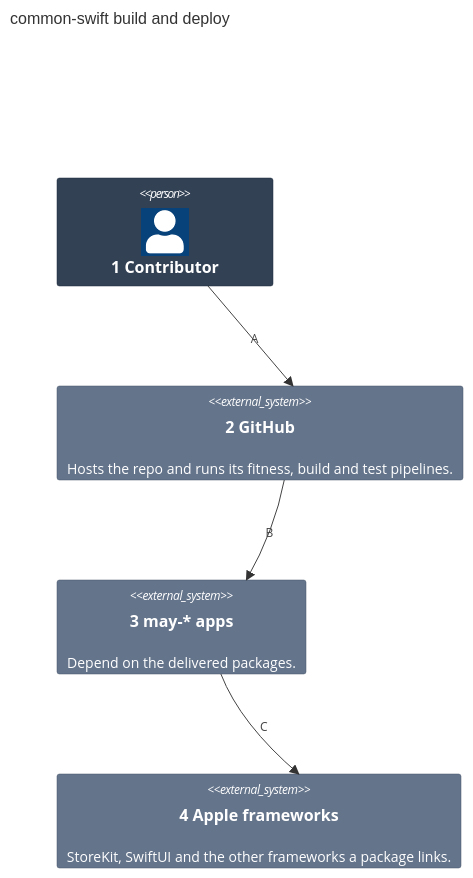
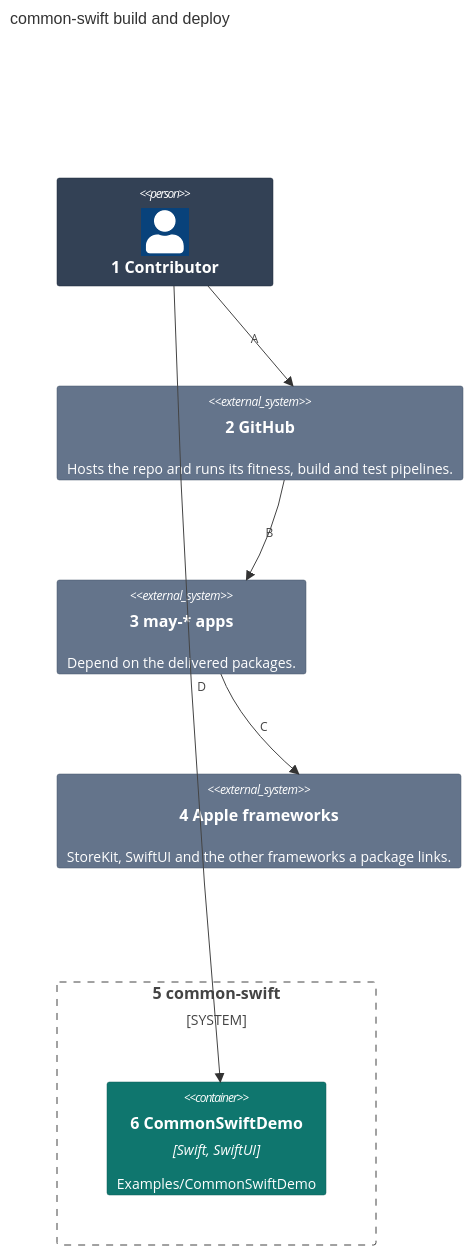
One commit to may-journal/common-swift changed the first of 2 diagrams in docs/architecture/02-containers.md. Above: the diagram before and after it, drawn with Mermaid. The commit also changed other lines of this file and 20 other files, not shown here.

````diff
--- a/docs/architecture/02-containers.md
+++ b/docs/architecture/02-containers.md
@@ -5,19 +5,24 @@
 ```mermaid
 C4Container
     title common-swift build and deploy
 
     Person(contributor, "1 Contributor")
 
     System_Ext(github, "2 GitHub", "Hosts the repo and runs its fitness, build and test pipelines.")
     System_Ext(apps, "3 may-* apps", "Depend on the delivered packages.")
     System_Ext(apple, "4 Apple frameworks", "StoreKit, SwiftUI and the other frameworks a package links.")
+    System_Boundary(repo, "5 common-swift") {
+        Container(demo, "6 CommonSwiftDemo", "Swift, SwiftUI", "Examples/CommonSwiftDemo")
+    }
 
     Rel(contributor, github, "A")
     Rel(github, apps, "B")
     Rel(apps, apple, "C")
+    Rel(contributor, demo, "D")
 
     UpdateElementStyle(contributor, $bgColor="#334155", $borderColor="#1e293b", $fontColor="#ffffff")
     UpdateElementStyle(github, $bgColor="#64748b", $borderColor="#475569", $fontColor="#ffffff")
     UpdateElementStyle(apps, $bgColor="#64748b", $borderColor="#475569", $fontColor="#ffffff")
     UpdateElementStyle(apple, $bgColor="#64748b", $borderColor="#475569", $fontColor="#ffffff")
+    UpdateElementStyle(demo, $bgColor="#0f766e", $borderColor="#115e59", $fontColor="#ffffff")
 ```
````
